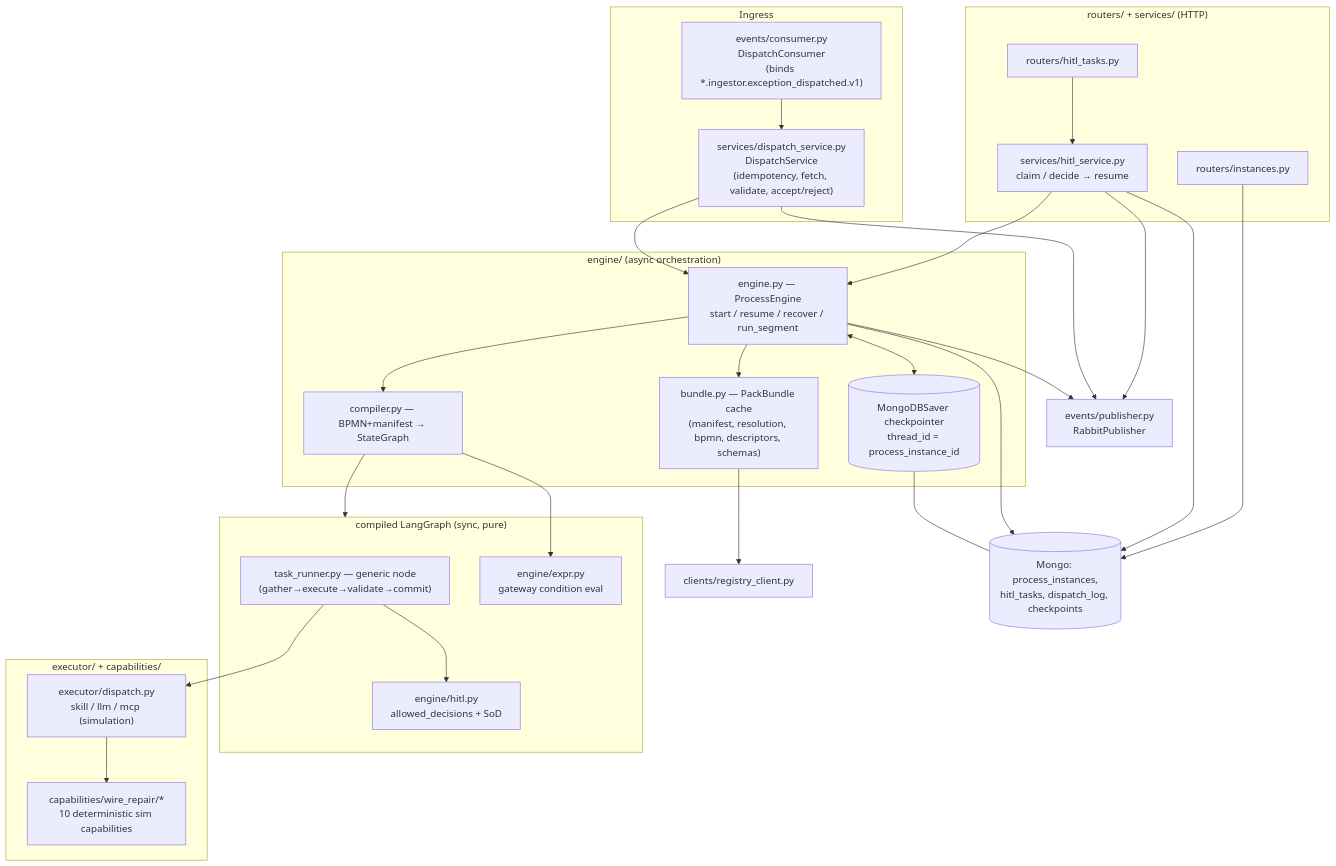
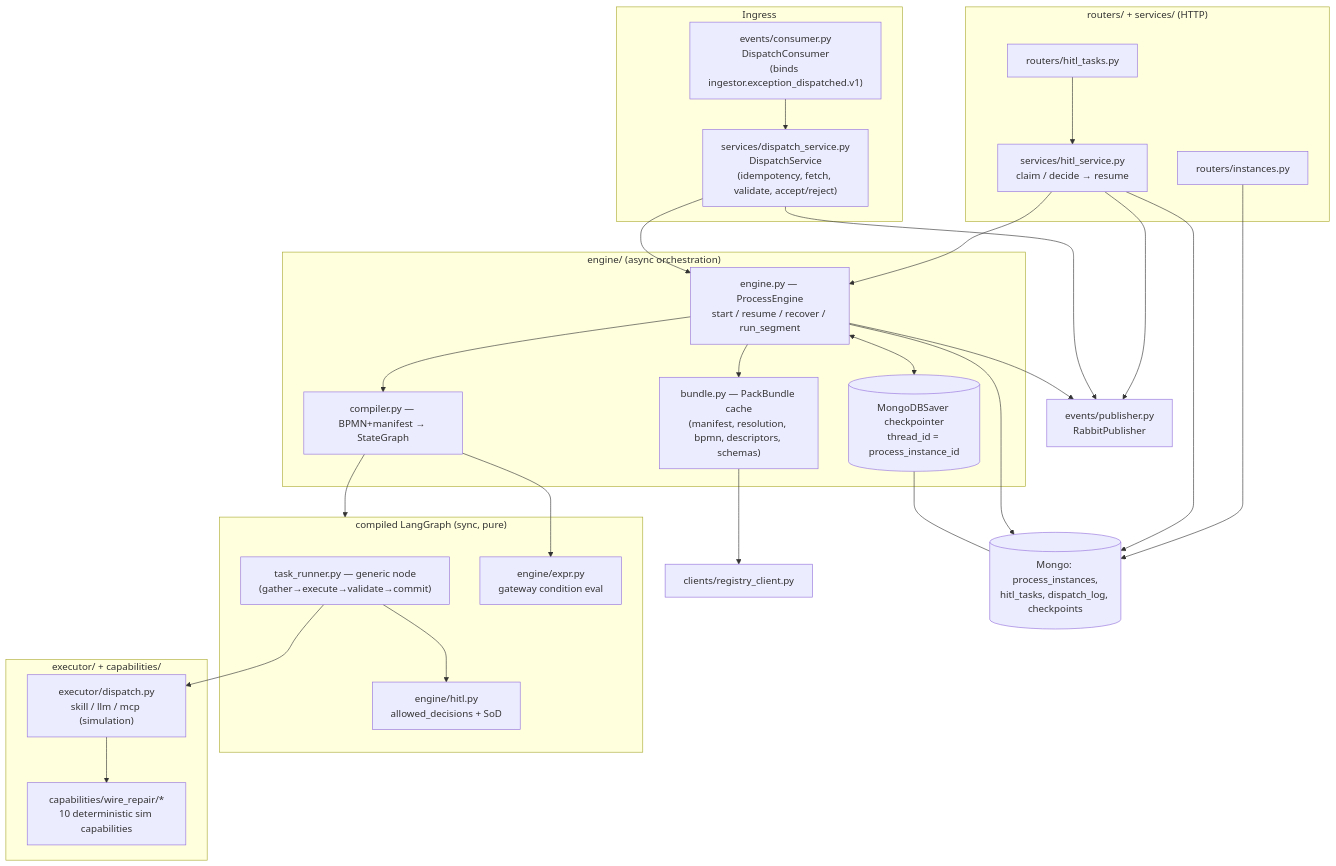
Before and after one commit to skamble7/Amendia: the second of 6 diagrams in backend/docs/amendia_agent_runtime_execution_pipeline.md, drawn with Mermaid. The commit also changed other lines of this file and 96 other files, not shown here.

````diff
--- a/backend/docs/amendia_agent_runtime_execution_pipeline.md
+++ b/backend/docs/amendia_agent_runtime_execution_pipeline.md
@@ -58,46 +58,46 @@
 ```mermaid
 flowchart TB
   subgraph Ingress
-    CONS["events/consumer.py\nDispatchConsumer\n(binds *.ingestor.exception_dispatched.v1)"]
+    CONS["events/consumer.py\nDispatchConsumer\n(binds ingestor.exception_dispatched.v1)"]
     DS["services/dispatch_service.py\nDispatchService\n(idempotency, fetch, validate, accept/reject)"]
   end
   subgraph Engine["engine/ (async orchestration)"]
     ENG["engine.py — ProcessEngine\nstart / resume / recover / run_segment"]
     BUN["bundle.py — PackBundle cache\n(manifest, resolution, bpmn, descriptors, schemas)"]
     CMP["compiler.py — BPMN+manifest → StateGraph"]
     CP[("MongoDBSaver checkpointer\nthread_id = process_instance_id")]
   end
   subgraph Graph["compiled LangGraph (sync, pure)"]
     TR["task_runner.py — generic node\n(gather→execute→validate→commit)"]
     HITL["engine/hitl.py\nallowed_decisions + SoD"]
     EXPR["engine/expr.py\ngateway condition eval"]
   end
   subgraph Exec["executor/ + capabilities/"]
     EX["executor/dispatch.py\nskill / llm / mcp (simulation)"]
     CAPS["capabilities/wire_repair/*\n10 deterministic sim capabilities"]
   end
   subgraph HTTPside["routers/ + services/ (HTTP)"]
     RT_I["routers/instances.py"]
     RT_H["routers/hitl_tasks.py"]
     HS["services/hitl_service.py\nclaim / decide → resume"]
   end
   PUB["events/publisher.py\nRabbitPublisher"]
   REG["clients/registry_client.py"]
   DB[("Mongo: process_instances,\nhitl_tasks, dispatch_log, checkpoints")]
 
   CONS --> DS --> ENG
   ENG --> BUN --> REG
   ENG --> CMP --> Graph
   ENG <--> CP
   CP --- DB
   TR --> EX --> CAPS
   TR --> HITL
   CMP --> EXPR
   ENG --> PUB
   DS --> PUB
   RT_H --> HS --> ENG
   HS --> PUB
   ENG --> DB
   HS --> DB
   RT_I --> DB
 ```
````
